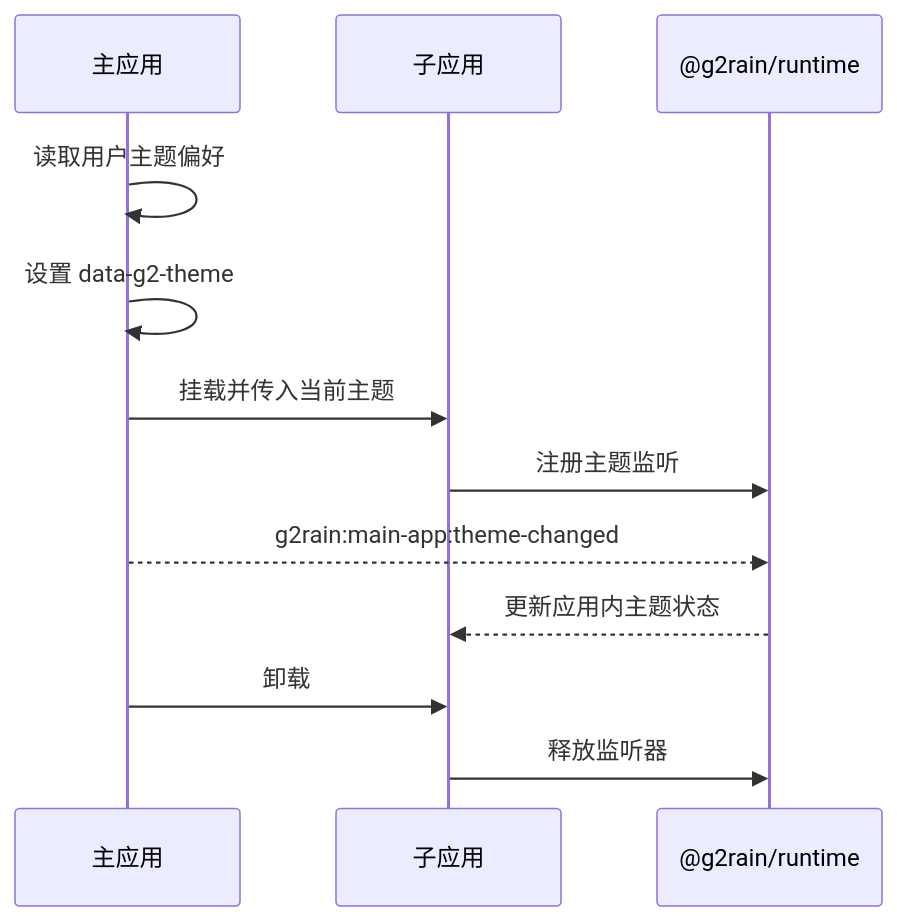
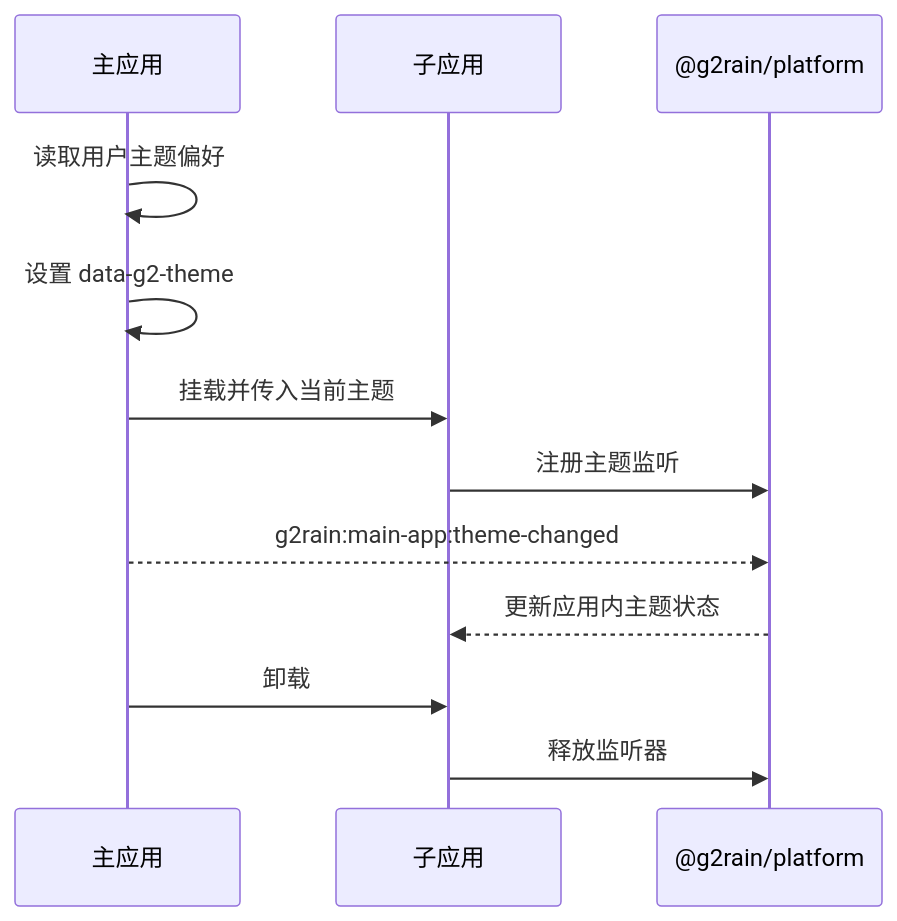
Before and after one commit to g2rain/g2rain-appkit: the diagram in docs/architecture/theme-and-micro-app.md, drawn with Mermaid. The commit also changed other lines of this file and 54 other files, not shown here.

````diff
--- a/docs/architecture/theme-and-micro-app.md
+++ b/docs/architecture/theme-and-micro-app.md
@@ -29,15 +29,15 @@
 ```mermaid
 sequenceDiagram
   participant Shell as 主应用
   participant App as 子应用
-  participant Runtime as @g2rain/runtime
+  participant Runtime as @g2rain/platform
 
   Shell->>Shell: 读取用户主题偏好
   Shell->>Shell: 设置 data-g2-theme
   Shell->>App: 挂载并传入当前主题
   App->>Runtime: 注册主题监听
   Shell-->>Runtime: g2rain:main-app:theme-changed
   Runtime-->>App: 更新应用内主题状态
   Shell->>App: 卸载
   App->>Runtime: 释放监听器
 ```
````
